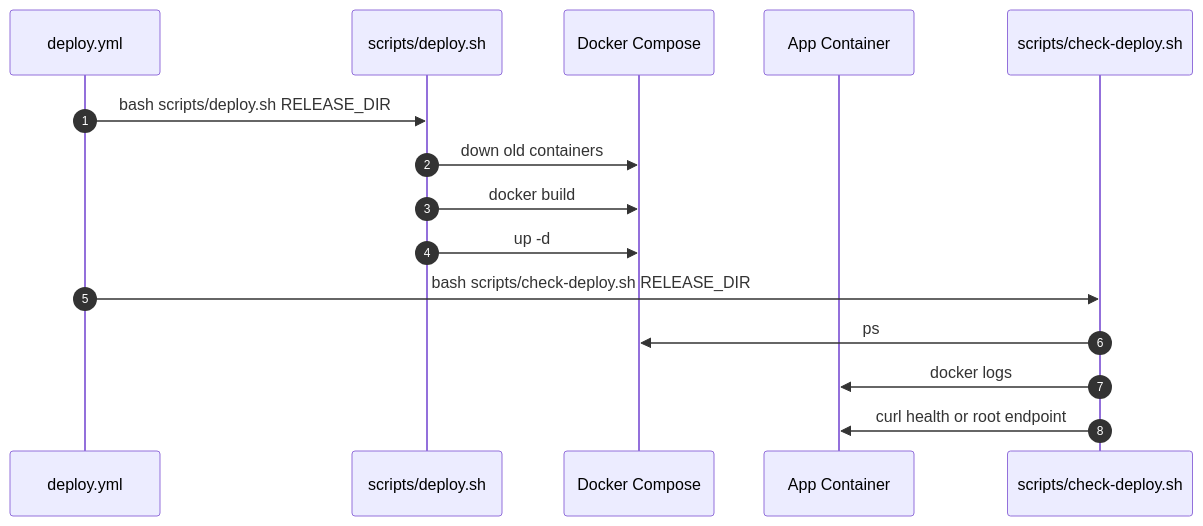
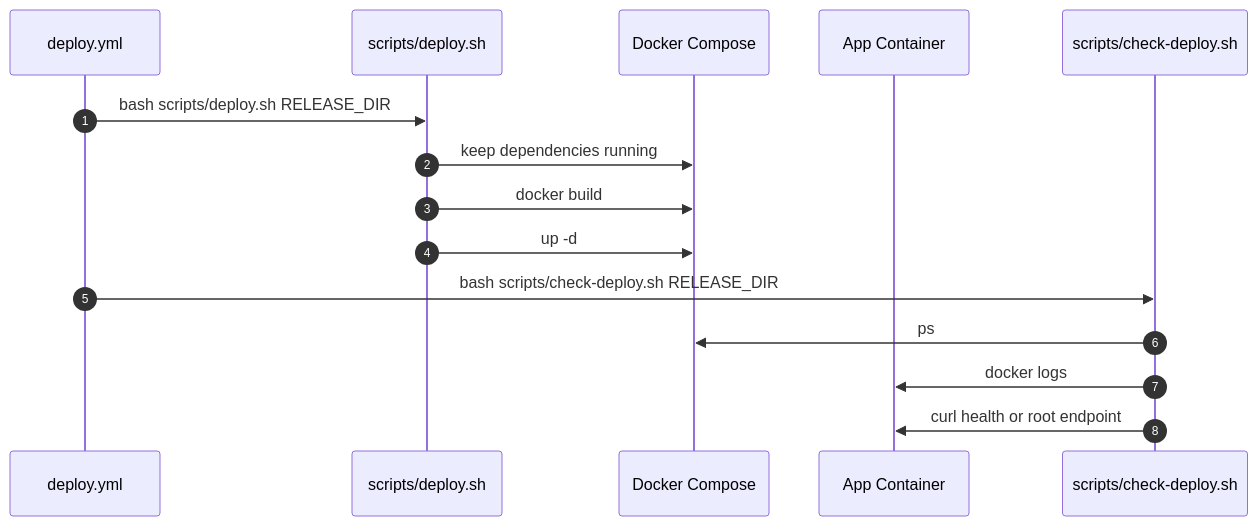
One commit to stdiodh/spring-boot-deployment-runtime-lab changed the second of 3 diagrams in docs/theory.md. Above: the diagram before and after it, drawn with Mermaid. The commit also changed other lines of this file and 12 other files, not shown here.

````diff
--- a/docs/theory.md
+++ b/docs/theory.md
@@ -61,18 +61,18 @@
 ```mermaid
 sequenceDiagram
     autonumber
     participant Workflow as deploy.yml
     participant DeployScript as scripts/deploy.sh
     participant Compose as Docker Compose
     participant App as App Container
     participant VerifyScript as scripts/check-deploy.sh
 
     Workflow->>DeployScript: bash scripts/deploy.sh RELEASE_DIR
-    DeployScript->>Compose: down old containers
+    DeployScript->>Compose: keep dependencies running
     DeployScript->>Compose: docker build
     DeployScript->>Compose: up -d
     Workflow->>VerifyScript: bash scripts/check-deploy.sh RELEASE_DIR
     VerifyScript->>Compose: ps
     VerifyScript->>App: docker logs
     VerifyScript->>App: curl health or root endpoint
 ```
````
